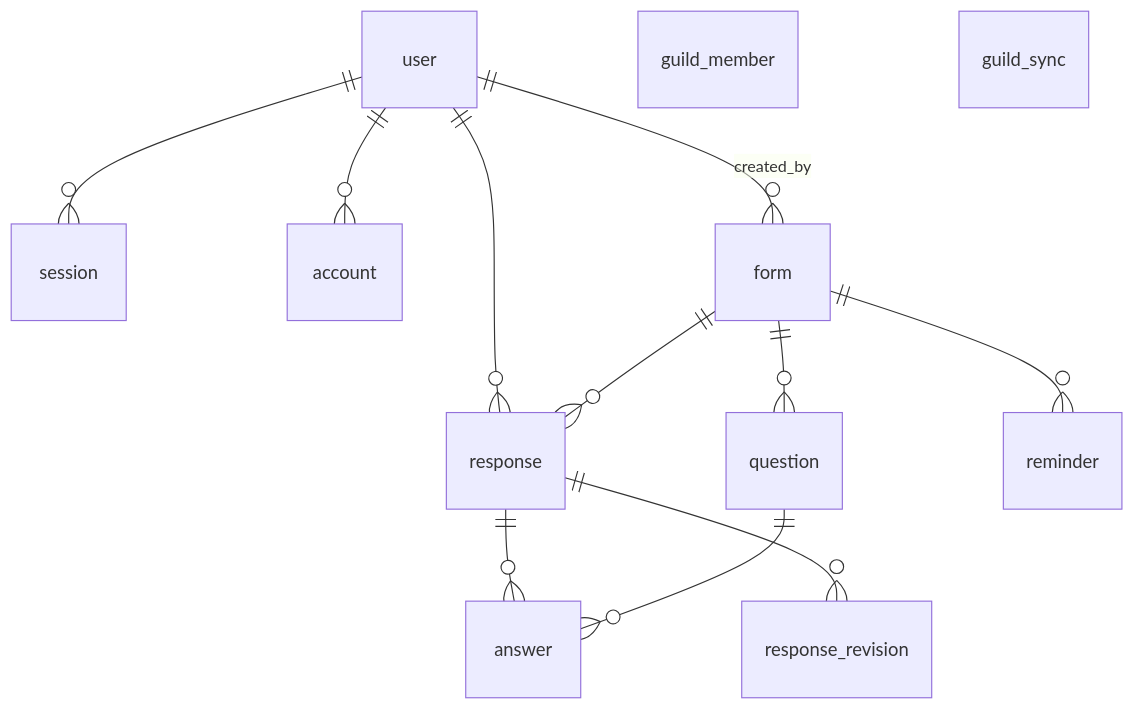
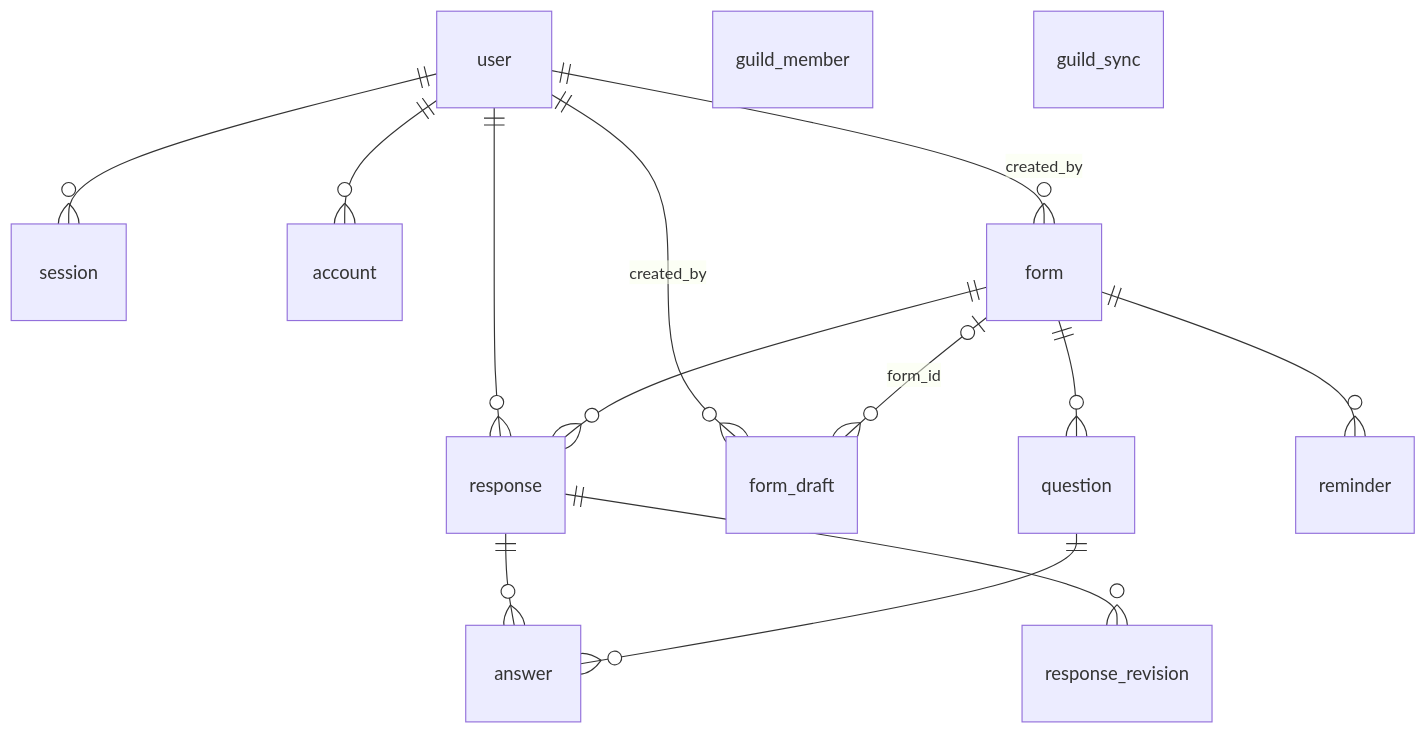
The second of 4 diagrams in docs/architecture.md (nakomochi/quorum), drawn with Mermaid before and after one commit. The commit also changed other lines of this file and 27 other files, not shown here.

````diff
--- a/docs/architecture.md
+++ b/docs/architecture.md
@@ -34,15 +34,17 @@
 ```mermaid
 erDiagram
   user ||--o{ session : ""
   user ||--o{ account : ""
   user ||--o{ form : "created_by"
   user ||--o{ response : ""
+  user ||--o{ form_draft : "created_by"
+  form |o--o{ form_draft : "form_id"
   form ||--o{ question : ""
   form ||--o{ response : ""
   form ||--o{ reminder : ""
   response ||--o{ answer : ""
   response ||--o{ response_revision : ""
   question ||--o{ answer : ""
   guild_member
   guild_sync
 ```
````
